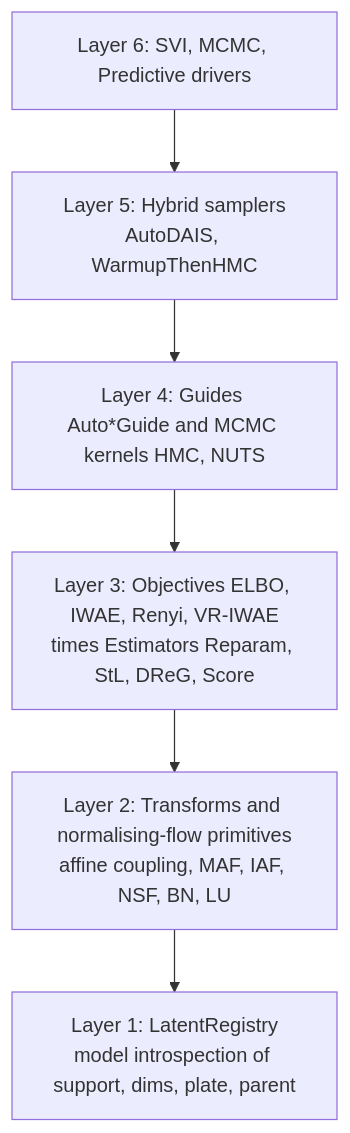
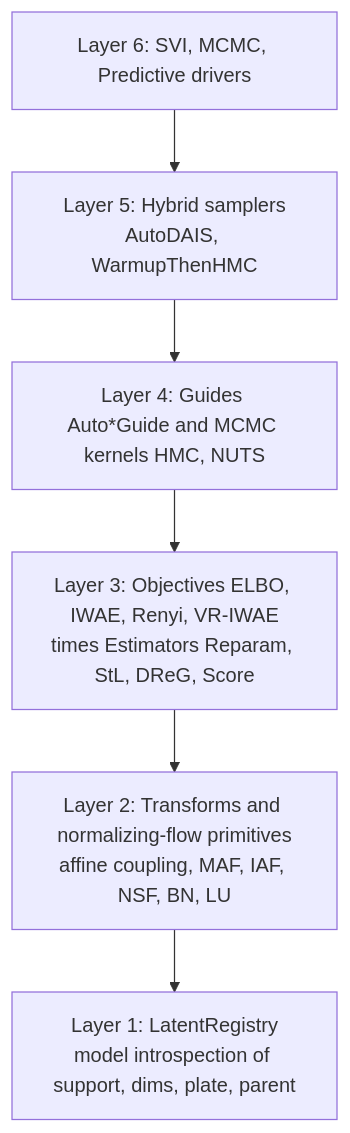
Before and after one commit to FACTSlab/quivers: the first of 2 diagrams in docs/guides/inference.md, drawn with Mermaid. The commit also changed other lines of this file and 73 other files, not shown here.

````diff
--- a/docs/guides/inference.md
+++ b/docs/guides/inference.md
@@ -7,10 +7,10 @@
 ```mermaid
 flowchart TB
     L6["Layer 6: SVI, MCMC, Predictive drivers"]
     L5["Layer 5: Hybrid samplers<br/>AutoDAIS, WarmupThenHMC"]
     L4["Layer 4: Guides Auto*Guide and MCMC kernels HMC, NUTS"]
     L3["Layer 3: Objectives ELBO, IWAE, Renyi, VR-IWAE<br/>times Estimators Reparam, StL, DReG, Score"]
-    L2["Layer 2: Transforms and normalising-flow primitives<br/>affine coupling, MAF, IAF, NSF, BN, LU"]
+    L2["Layer 2: Transforms and normalizing-flow primitives<br/>affine coupling, MAF, IAF, NSF, BN, LU"]
     L1["Layer 1: LatentRegistry<br/>model introspection of support, dims, plate, parent"]
     L6 --> L5 --> L4 --> L3 --> L2 --> L1
 ```
````
